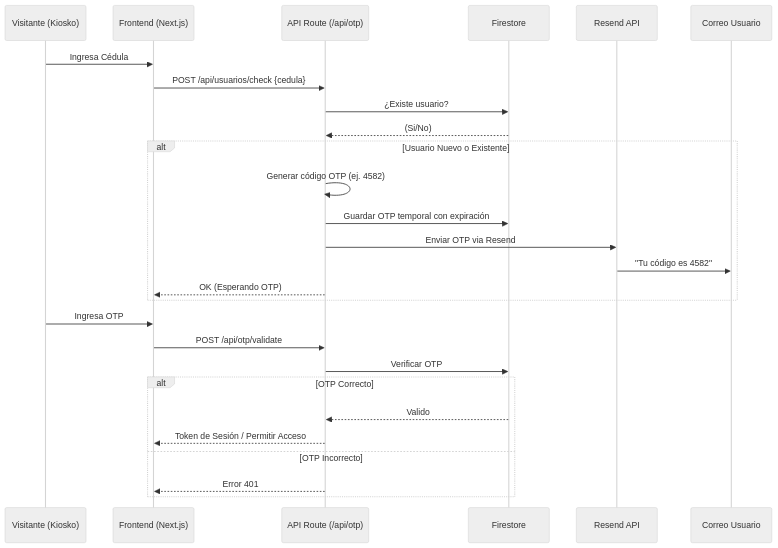
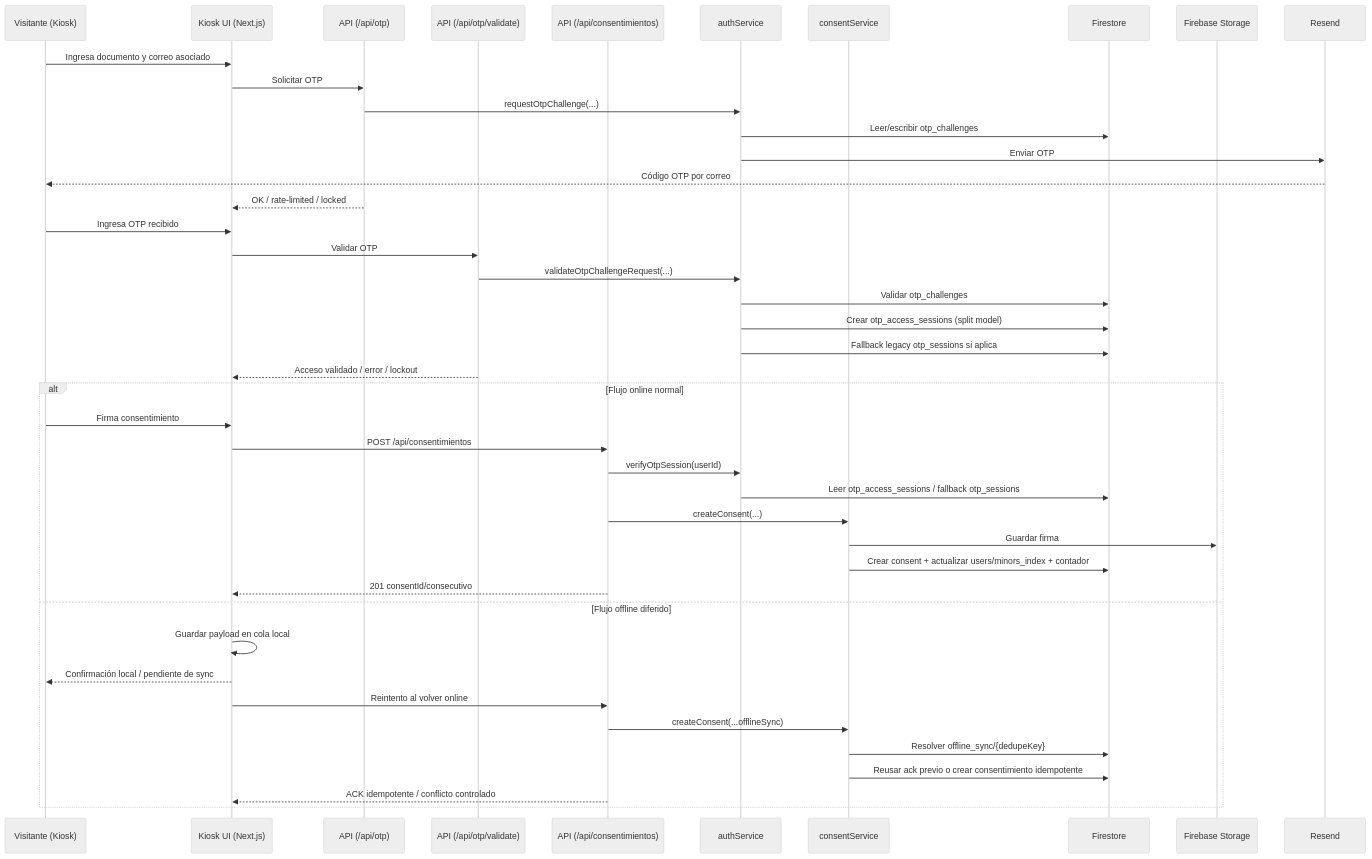
The diagram in diagramas/Diagrama-Secuencia.mmd (DANIELXXOMG2/jumping_park_app), drawn with Mermaid (neutral theme) before and after one commit. The commit also changed 4 other files, not shown here.

First line of the commit message:
docs(repo): add architecture diagrams with ASCII-safe filenames

```diff
--- a/diagramas/Diagrama-Secuencia.mmd
+++ b/diagramas/Diagrama-Secuencia.mmd
@@ -1,31 +1,46 @@
 sequenceDiagram
-    participant User as Visitante (Kiosko)
-    participant Front as Frontend (Next.js)
-    participant API as API Route (/api/otp)
-    participant DB as Firestore
-    participant Mail as Resend API
-    participant Email as Correo Usuario
+    participant Visitor as Visitante (Kiosk)
+    participant UI as Kiosk UI (Next.js)
+    participant OtpAPI as API (/api/otp)
+    participant ValidateAPI as API (/api/otp/validate)
+    participant ConsentAPI as API (/api/consentimientos)
+    participant AuthSvc as authService
+    participant ConsentSvc as consentService
+    participant FS as Firestore
+    participant Storage as Firebase Storage
+    participant Mail as Resend
 
-    User->>Front: Ingresa Cédula
-    Front->>API: POST /api/usuarios/check {cedula}
-    API->>DB: ¿Existe usuario?
-    DB-->>API: (Si/No)
-    
-    alt Usuario Nuevo o Existente
-        API->>API: Generar código OTP (ej. 4582)
-        API->>DB: Guardar OTP temporal con expiración
-        API->>Mail: Enviar OTP via Resend
-        Mail->>Email: "Tu código es 4582"
-        API-->>Front: OK (Esperando OTP)
+    Visitor->>UI: Ingresa documento y correo asociado
+    UI->>OtpAPI: Solicitar OTP
+    OtpAPI->>AuthSvc: requestOtpChallenge(...)
+    AuthSvc->>FS: Leer/escribir otp_challenges
+    AuthSvc->>Mail: Enviar OTP
+    Mail-->>Visitor: Código OTP por correo
+    OtpAPI-->>UI: OK / rate-limited / locked
+
+    Visitor->>UI: Ingresa OTP recibido
+    UI->>ValidateAPI: Validar OTP
+    ValidateAPI->>AuthSvc: validateOtpChallengeRequest(...)
+    AuthSvc->>FS: Validar otp_challenges
+    AuthSvc->>FS: Crear otp_access_sessions (split model)
+    AuthSvc->>FS: Fallback legacy otp_sessions si aplica
+    ValidateAPI-->>UI: Acceso validado / error / lockout
+
+    alt Flujo online normal
+        Visitor->>UI: Firma consentimiento
+        UI->>ConsentAPI: POST /api/consentimientos
+        ConsentAPI->>AuthSvc: verifyOtpSession(userId)
+        AuthSvc->>FS: Leer otp_access_sessions / fallback otp_sessions
+        ConsentAPI->>ConsentSvc: createConsent(...)
+        ConsentSvc->>Storage: Guardar firma
+        ConsentSvc->>FS: Crear consent + actualizar users/minors_index + contador
+        ConsentAPI-->>UI: 201 consentId/consecutivo
+    else Flujo offline diferido
+        UI->>UI: Guardar payload en cola local
+        UI-->>Visitor: Confirmación local / pendiente de sync
+        UI->>ConsentAPI: Reintento al volver online
+        ConsentAPI->>ConsentSvc: createConsent(...offlineSync)
+        ConsentSvc->>FS: Resolver offline_sync/{dedupeKey}
+        ConsentSvc->>FS: Reusar ack previo o crear consentimiento idempotente
+        ConsentAPI-->>UI: ACK idempotente / conflicto controlado
     end
-
-    User->>Front: Ingresa OTP
-    Front->>API: POST /api/otp/validate
-    API->>DB: Verificar OTP
-    
-    alt OTP Correcto
-        DB-->>API: Valido
-        API-->>Front: Token de Sesión / Permitir Acceso
-    else OTP Incorrecto
-        API-->>Front: Error 401
-    end
```
